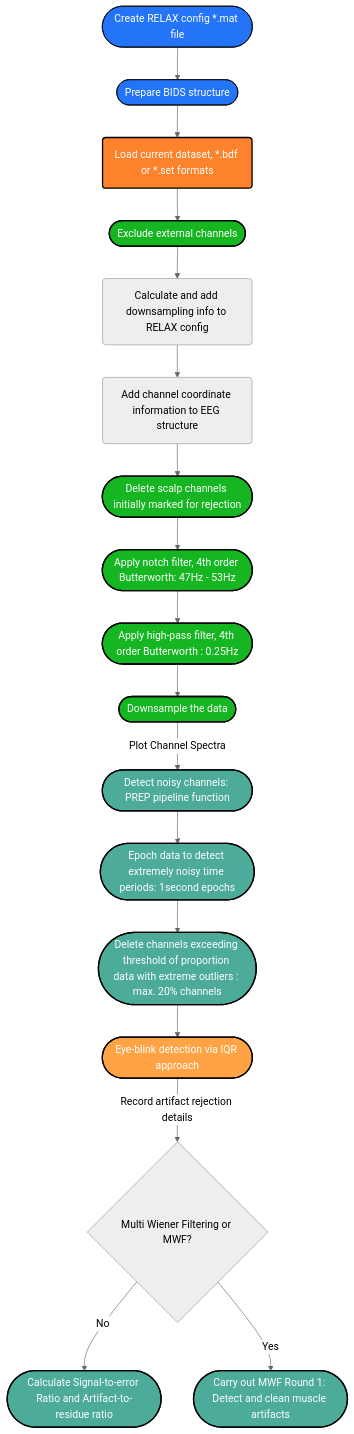
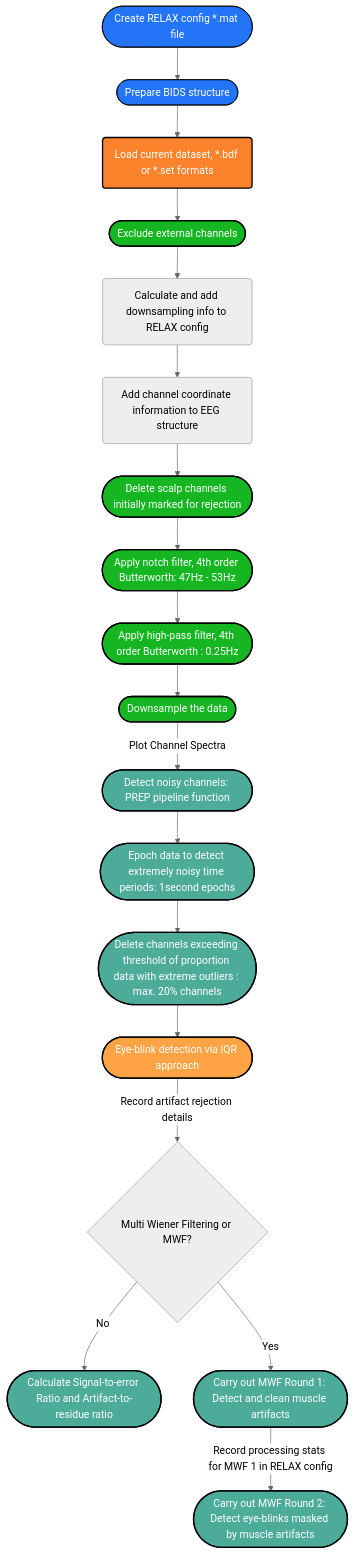
One commit to deebeebolger/Project_CeLaVie changed the diagram in Pipeline_Datafow_Chart.md. Above: the diagram before and after it, drawn with Mermaid (neutral theme).

````diff
--- a/Pipeline_Datafow_Chart.md
+++ b/Pipeline_Datafow_Chart.md
@@ -3,43 +3,44 @@
 ```mermaid
 flowchart TD
 %% Colors %%
 
 classDef blue fill:#2374f7, stroke:#000, stroke-width: px, color:#fff
 classDef orange fill:#fc822b,stroke:#000,stroke-width:2px,color:#fff
 classDef green fill:#16b522,stroke:#000,stroke-width:2px,color:#fff
 classDef mintgreen fill:#4DAB9A,stroke:#000,stroke-width:2px,color:#fff
 classDef mandarine fill:#FFA344,stroke:#000,stroke-width:2px,color:#fff
 classDef aubergine fill:#9A6DD7,stroke:#000,stroke-width:2px,color:#fff
 classDef red fill:#D44C47,stroke:#000,stroke-width:2px,color:#fff
 classDef grey fill:#979A9B,stroke:#000,stroke-width:2px,color:#fff
 
 
 Config([Create RELAX config *.mat file]):::blue -->
 BIDS([Prepare BIDS structure]):::blue
 click Config "https://github.com/deebeebolger/Project_CeLaVie/blob/main/DataflowChart_pages/Create_RELAX_conf_file.md" "Link"
 click BIDS "https://github.com/deebeebolger/Project_CeLaVie/blob/main/DataflowChart_pages/BIDS_structure.md" "Link"
 BIDS --> Ld(Load current dataset, *.bdf or *.set formats):::orange
 --> EXRej([Exclude external channels]):::green
 click EXRej "https://github.com/deebeebolger/Project_CeLaVie/blob/main/DataflowChart_pages/Exclude_external_chans.md" _blank
 EXRej --> AddRS(Calculate and add downsampling info to RELAX config)
 click AddRS "https://github.com/deebeebolger/Project_CeLaVie/blob/main/DataflowChart_pages/Downsampling.md" "Link"
 AddRS --> AddChan(Add channel coordinate information to EEG structure)
 click AddChan "https://github.com/deebeebolger/Project_CeLaVie/blob/main/DataflowChart_pages/Add_Channels_coordinates.md" "Link"
 AddChan --> ScalpRej([Delete scalp channels initially marked for rejection]):::green
 ScalpRej --> Notch([Apply notch filter, 4th order Butterworth: 47Hz - 53Hz]):::green
 Notch --> HPfilt([Apply high-pass filter, 4th order Butterworth : 0.25Hz]):::green
 HPfilt --> RSamp([Downsample the data]):::green
 click Notch "https://github.com/deebeebolger/Project_CeLaVie/blob/main/DataflowChart_pages/Filtering.md" "Link"
 click HPfilt "https://github.com/deebeebolger/Project_CeLaVie/blob/main/DataflowChart_pages/Filtering.md" "Link"
 RSamp -->|Plot Channel Spectra|Prep([Detect noisy channels: PREP pipeline function]):::mintgreen
 Prep --> EpClean([Epoch data to detect extremely noisy time periods: 1second epochs]):::mintgreen
 click Prep "https://github.com/deebeebolger/Project_CeLaVie/blob/main/DataflowChart_pages/BadChannelDetect_PREP.md" "Link"
 click EpClean "https://github.com/deebeebolger/Project_CeLaVie/blob/main/DataflowChart_pages/Bad_ChannelTime_Detect_MAD.md" "Link"
 EpClean --> DelChans([Delete channels exceeding threshold of proportion data with extreme outliers : max. 20% channels]):::mintgreen
 click DelChans "https://github.com/deebeebolger/Project_CeLaVie/blob/main/DataflowChart_pages/Bad_ChannelTime_Detect_MAD.md" "Link"
 DelChans --> Blink([Eye-blink detection via IQR approach]):::mandarine
 Blink -->|Record artifact rejection details|SerArrChoice{Multi Wiener Filtering or MWF?}
 click Blink "https://github.com/deebeebolger/Project_CeLaVie/blob/main/DataflowChart_pages/EyeBlink_detection.md" "Link"
 SerArrChoice -->|No|DoSerArr([Calculate Signal-to-error Ratio and Artifact-to-residue ratio]):::mintgreen
 SerArrChoice -->|Yes| MWF1([Carry out MWF Round 1: Detect and clean muscle artifacts]):::mintgreen
+MWF1 -->|Record processing stats for MWF 1 in RELAX config| MWF2([Carry out MWF Round 2: Detect eye-blinks masked by muscle artifacts]):::mintgreen;
 ```
````
